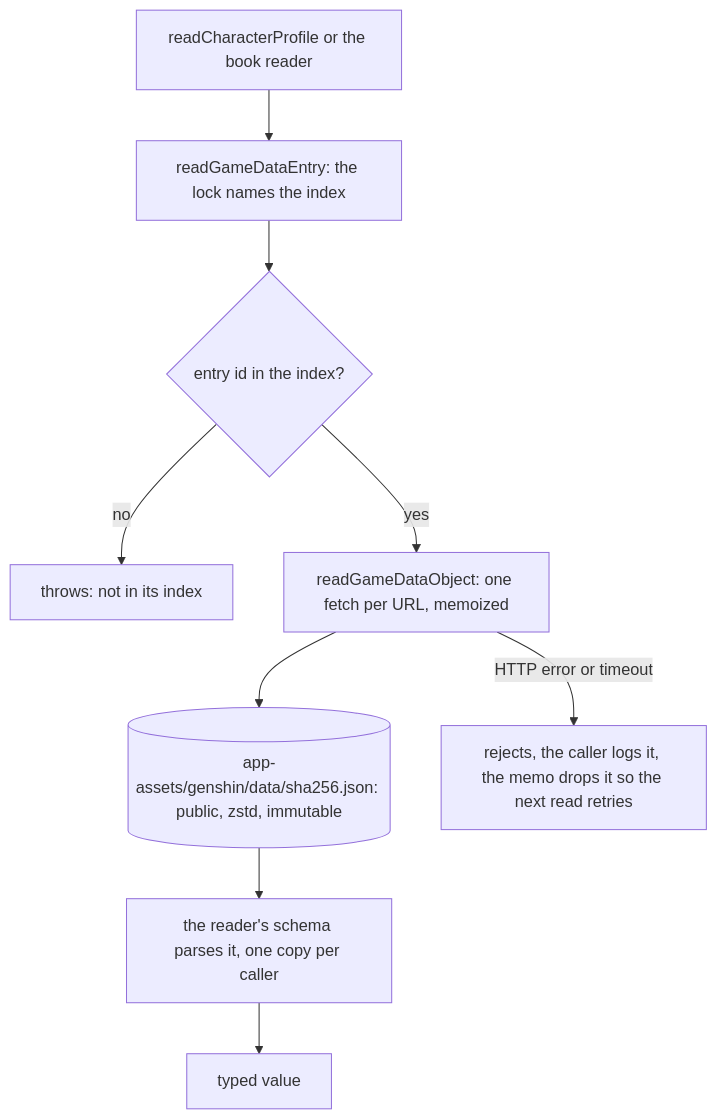
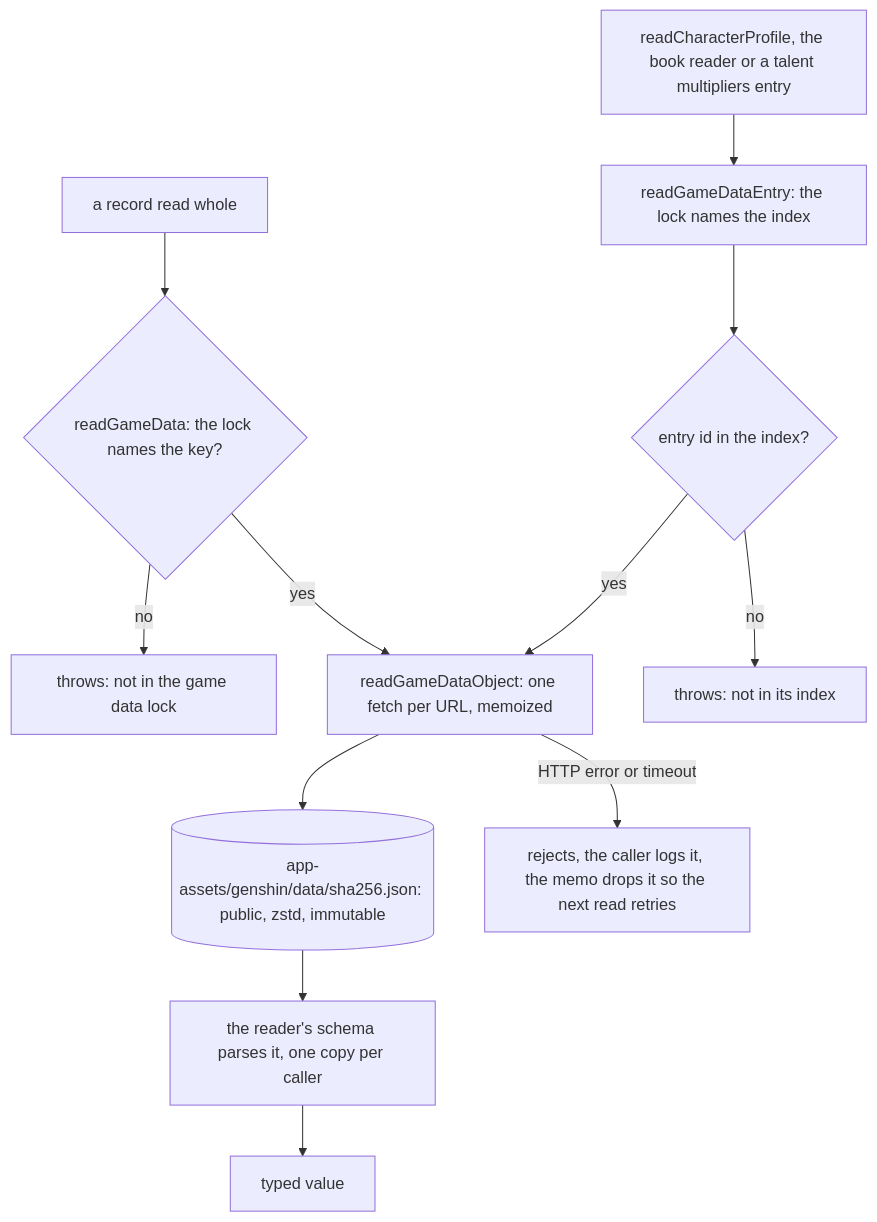
The second of 4 diagrams in apps/web/content/docs/genshin/hosted-game-data.md (Esposter/Esposter), drawn with Mermaid before and after one commit. The commit also changed other lines of this file and 6 other files, not shown here.

First line of the commit message:
docs(genshin): the hosted game data names every dataset, its key and dataset scopes, the keyed reader and the suites' mirror

````diff
--- a/apps/web/content/docs/genshin/hosted-game-data.md
+++ b/apps/web/content/docs/genshin/hosted-game-data.md
@@ -35,11 +37,14 @@
 ```mermaid
 flowchart TD
-  Reader["readCharacterProfile or the book reader"] --> Index["readGameDataEntry: the lock names the index"]
+  Reader["readCharacterProfile, the book reader or a talent multipliers entry"] --> Index["readGameDataEntry: the lock names the index"]
+  KeyReader["a record read whole"] --> Keyed{"readGameData: the lock names the key?"}
+  Keyed -->|no| Unlocked["throws: not in the game data lock"]
+  Keyed -->|yes| Fetch
   Index --> Indexed{"entry id in the index?"}
   Indexed -->|no| Missing["throws: not in its index"]
   Indexed -->|yes| Fetch["readGameDataObject: one fetch per URL, memoized"]
   Fetch --> Blob[("app-assets/genshin/data/sha256.json: public, zstd, immutable")]
   Blob --> Parse["the reader's schema parses it, one copy per caller"]
   Parse --> Value["typed value"]
   Fetch -->|"HTTP error or timeout"| Failure["rejects, the caller logs it, the memo drops it so the next read retries"]
 ```
````
